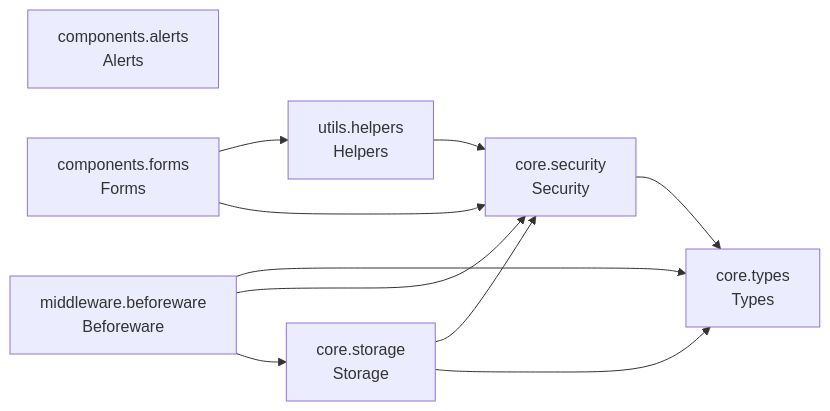
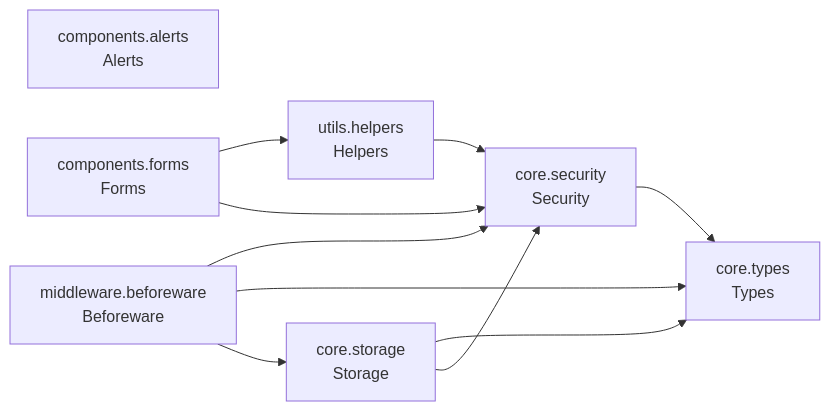
One commit to cj-mills/cjm-fasthtml-byok changed the diagram in README.md. Above: the diagram before and after it, drawn with Mermaid. The commit also changed other lines of this file and 11 other files, not shown here.

````diff
--- a/README.md
+++ b/README.md
@@ -31,20 +31,20 @@
 ``` mermaid
 graph LR
     components_alerts[components.alerts<br/>Alerts]
     components_forms[components.forms<br/>Forms]
     core_security[core.security<br/>Security]
     core_storage[core.storage<br/>Storage]
     core_types[core.types<br/>Types]
     middleware_beforeware[middleware.beforeware<br/>Beforeware]
     utils_helpers[utils.helpers<br/>Helpers]
 
     components_forms --> utils_helpers
     components_forms --> core_security
     core_security --> core_types
+    core_storage --> core_types
     core_storage --> core_security
-    core_storage --> core_types
+    middleware_beforeware --> core_security
     middleware_beforeware --> core_types
-    middleware_beforeware --> core_security
     middleware_beforeware --> core_storage
     utils_helpers --> core_security
 ```
````
